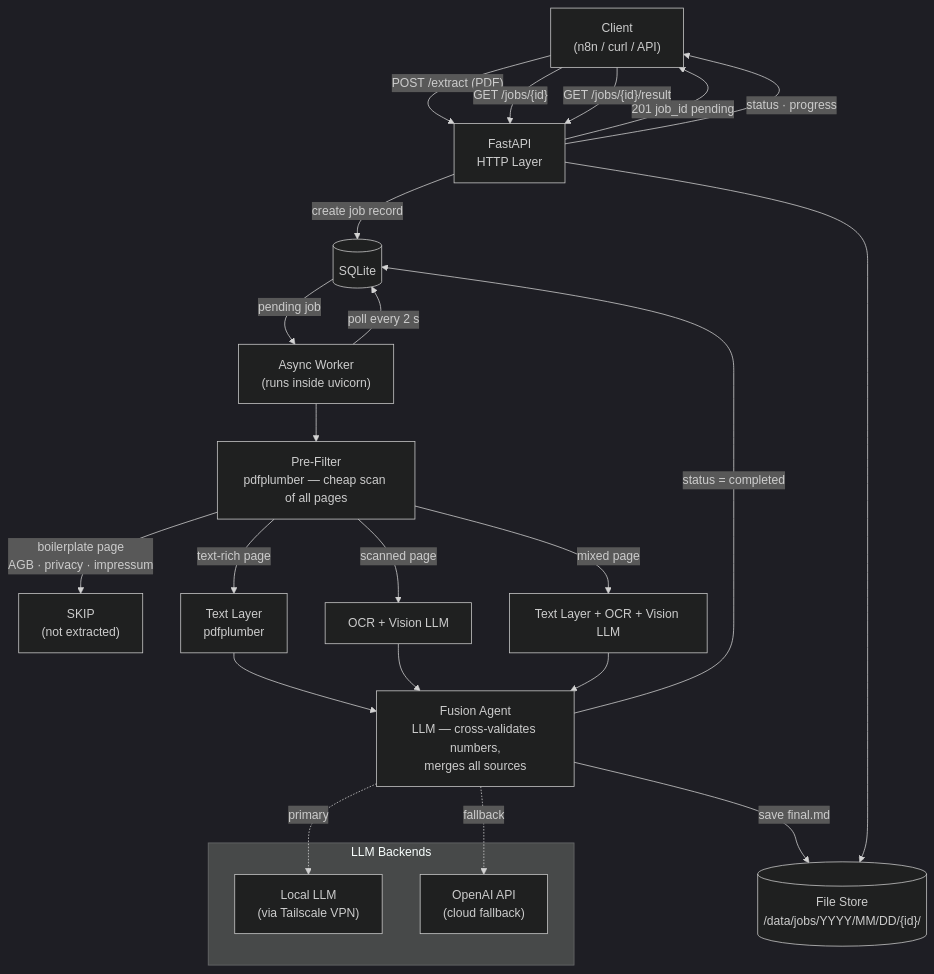
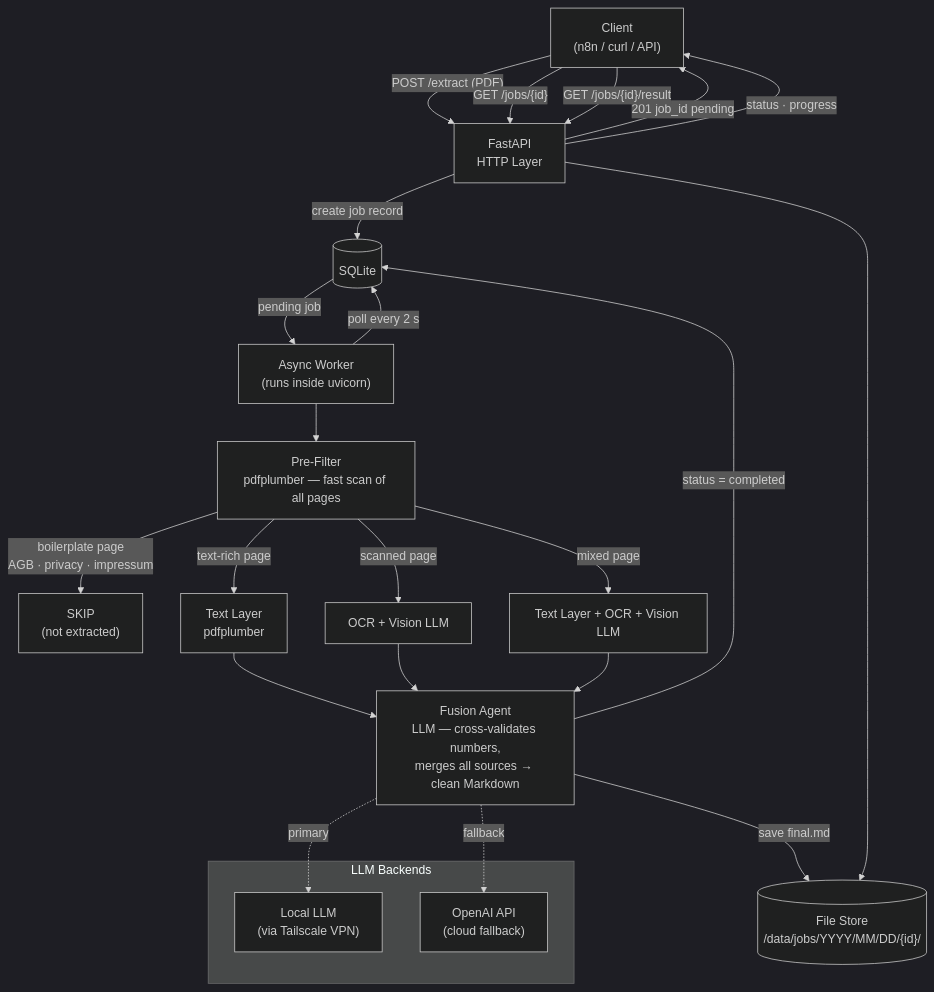
Before and after one commit to webboty/IDES: the diagram in README.md, drawn with Mermaid (dark theme). The commit also changed other lines of this file and 2 other files, not shown here.

First line of the commit message:
docs: AIDA README, new ARCHITECTURE.md, remove stale dev_plan.md

````diff
--- a/README.md
+++ b/README.md
@@ -21,39 +38,39 @@
 ```mermaid
 flowchart TD
     Client["Client\n(n8n / curl / API)"]
 
     Client -->|"POST /extract (PDF)"| API["FastAPI\nHTTP Layer"]
     API -->|"201 job_id pending"| Client
     API -->|create job record| DB[(SQLite)]
 
     Worker["Async Worker\n(runs inside uvicorn)"] -->|poll every 2 s| DB
     DB -->|pending job| Worker
 
-    Worker --> PF["Pre-Filter\npdfplumber — cheap scan of all pages"]
+    Worker --> PF["Pre-Filter\npdfplumber — fast scan of all pages"]
 
     PF -->|boilerplate page\nAGB · privacy · impressum| SKIP["SKIP\n(not extracted)"]
 
     PF -->|text-rich page| TL["Text Layer\npdfplumber"]
     PF -->|scanned page| OV["OCR + Vision LLM"]
     PF -->|mixed page| ALL["Text Layer + OCR + Vision LLM"]
 
-    TL --> FA["Fusion Agent\nLLM — cross-validates numbers,\nmerges all sources"]
+    TL --> FA["Fusion Agent\nLLM — cross-validates numbers,\nmerges all sources → clean Markdown"]
     OV --> FA
     ALL --> FA
 
     FA -->|save final.md| FS[("File Store\n/data/jobs/YYYY/MM/DD/{id}/")]
     FA -->|status = completed| DB
 
     Client -->|"GET /jobs/{id}"| API
     API -->|status · progress| Client
     Client -->|"GET /jobs/{id}/result"| API
     API --> FS
 
     subgraph LLM Backends
         Local["Local LLM\n(via Tailscale VPN)"]
         OAI["OpenAI API\n(cloud fallback)"]
     end
 
     FA -.->|primary| Local
     FA -.->|fallback| OAI
 ```
````
